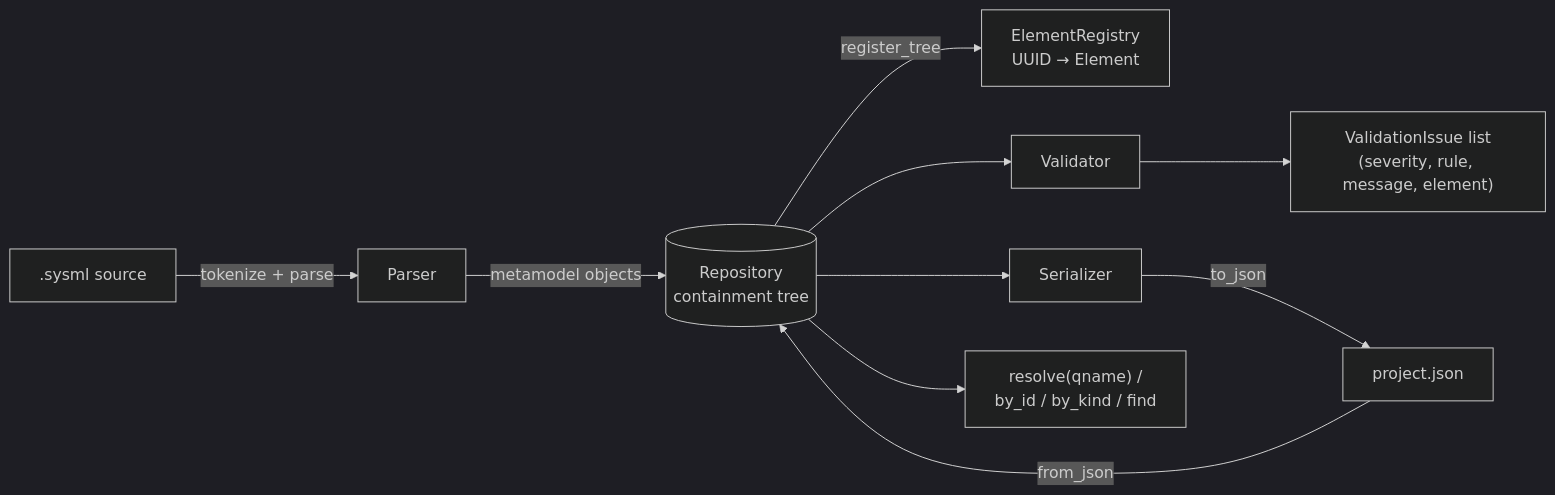
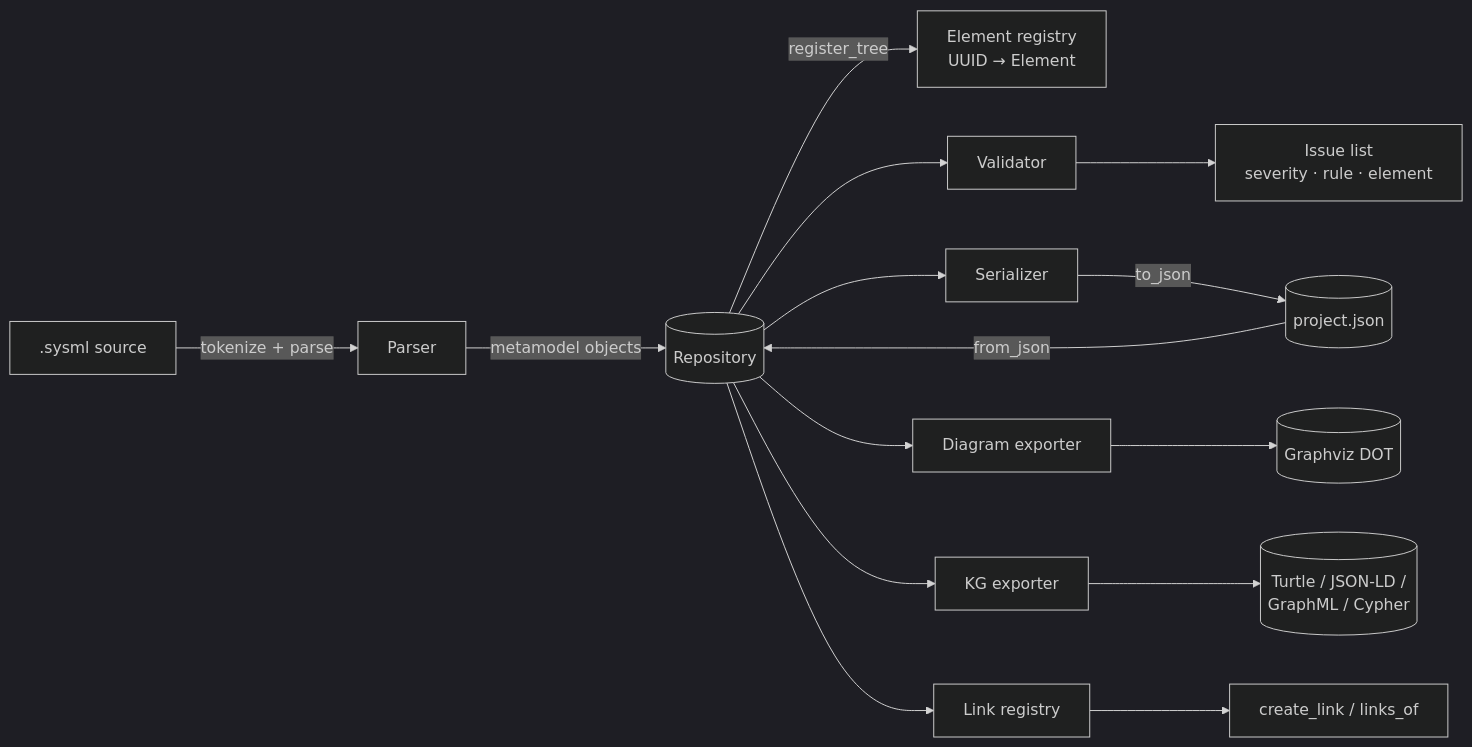
The fifth of 12 diagrams in docs/ARCHITECTURE.md (sudesh309/REQUIREMENT-FORMALISER), drawn with Mermaid (dark theme) before and after one commit. The commit also changed other lines of this file and 2 other files, not shown here.

````diff
--- a/docs/ARCHITECTURE.md
+++ b/docs/ARCHITECTURE.md
@@ -271,15 +205,17 @@
 ```mermaid
 flowchart LR
     SRC[".sysml source"] -->|tokenize + parse| PARSER[Parser]
-    PARSER -->|metamodel objects| REPO[(Repository<br/>containment tree)]
-    REPO -->|register_tree| REG[ElementRegistry<br/>UUID → Element]
-
+    PARSER -->|metamodel objects| REPO[(Repository)]
+    REPO -->|register_tree| REG[Element registry<br/>UUID → Element]
     REPO --> VALID[Validator]
-    VALID --> ISSUES["ValidationIssue list<br/>(severity, rule, message, element)"]
-
+    VALID --> ISSUES[Issue list<br/>severity · rule · element]
     REPO --> SER[Serializer]
-    SER -->|to_json| JSON["project.json"]
+    SER -->|to_json| JSON[(project.json)]
     JSON -->|from_json| REPO
-
-    REPO --> RES["resolve(qname) /<br/>by_id / by_kind / find"]
+    REPO --> DIAG[Diagram exporter]
+    DIAG --> DOT[(Graphviz DOT)]
+    REPO --> KG[KG exporter]
+    KG --> FORMATS[(Turtle / JSON-LD /<br/>GraphML / Cypher)]
+    REPO --> LINKS[Link registry]
+    LINKS --> CREATE[create_link / links_of]
 ```
````
